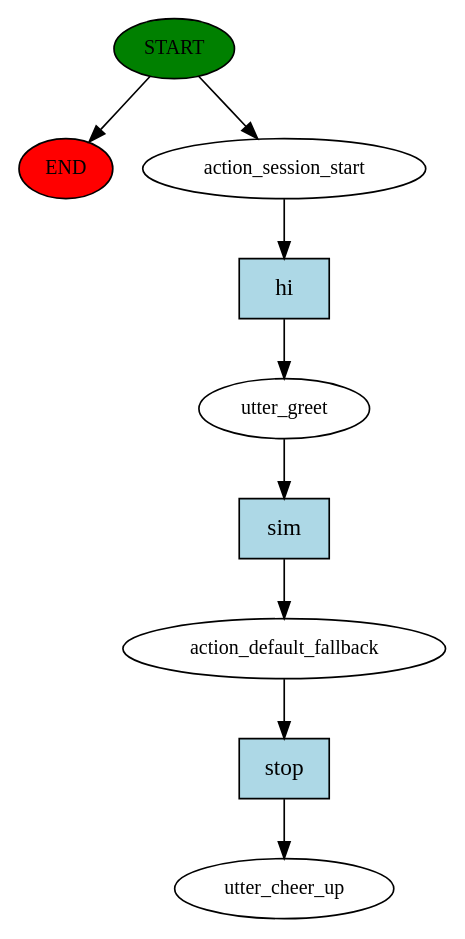
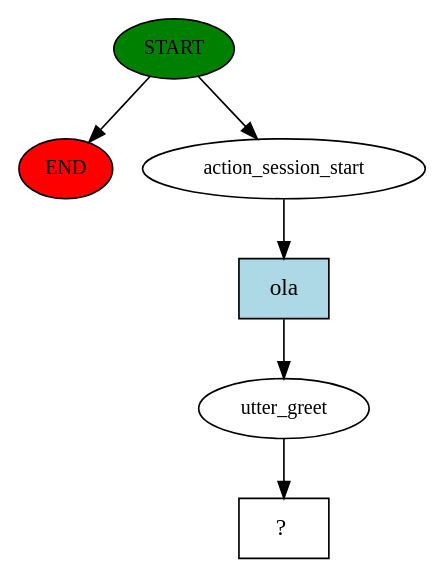
Before and after one commit to freitas000jeferson/tests-rasa-chatbot: the diagram in story_graph.dot, drawn with Graphviz. The commit also changed 6 other files, not shown here.

```diff
--- a/story_graph.dot
+++ b/story_graph.dot
@@ -1,19 +1,13 @@
 digraph  {
 0 [class="start active", fillcolor=green, fontsize=12, label=START, style=filled];
 "-1" [class=end, fillcolor=red, fontsize=12, label=END, style=filled];
 1 [class=active, fontsize=12, label=action_session_start];
 2 [class=active, fontsize=12, label=utter_greet];
-3 [class=active, fontsize=12, label=action_default_fallback];
-4 [class="dashed active", fontsize=12, label=utter_cheer_up];
-5 [class="intent active", fillcolor=lightblue, label=hi, shape=rect, style=filled];
-6 [class="intent active", fillcolor=lightblue, label=sim, shape=rect, style=filled];
-7 [class="intent active", fillcolor=lightblue, label="\stop", shape=rect, style=filled];
+3 [class="intent dashed active", label="  ?  ", shape=rect];
+4 [class="intent active", fillcolor=lightblue, label=ola, shape=rect, style=filled];
 0 -> "-1"  [class="", key=NONE, label=""];
 0 -> 1  [class=active, key=NONE, label=""];
-1 -> 5  [class=active, key=0];
-2 -> 6  [class=active, key=0];
-3 -> 7  [class=active, key=0];
-5 -> 2  [class=active, key=0];
-6 -> 3  [class=active, key=0];
-7 -> 4  [class=active, key=0];
+1 -> 4  [class=active, key=0];
+2 -> 3  [class=active, key=NONE, label=""];
+4 -> 2  [class=active, key=0];
 }
```
